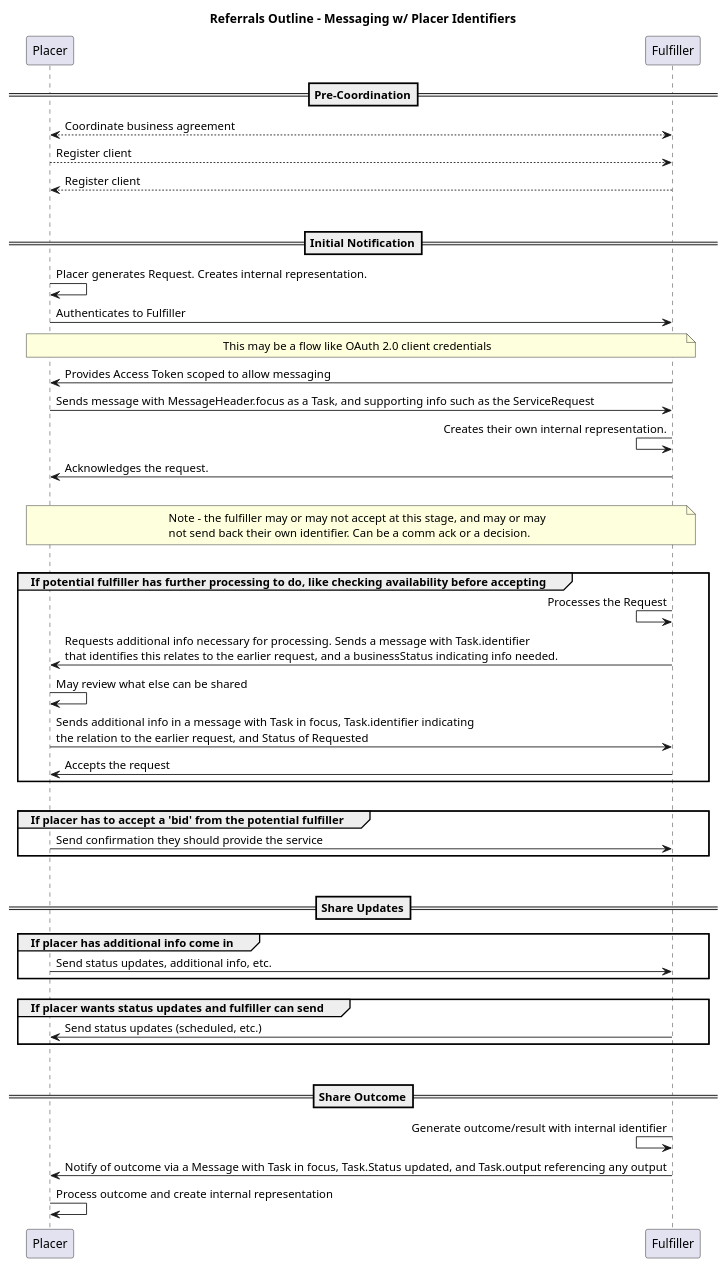
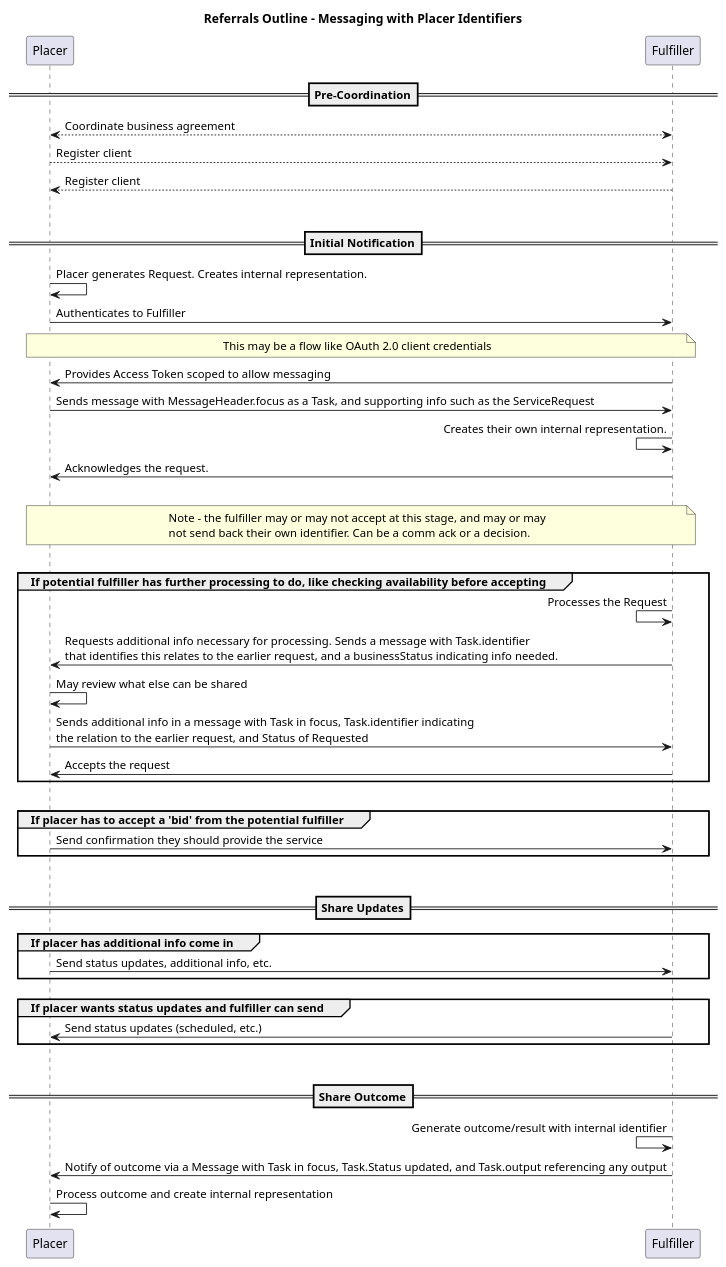
One commit to HL7/fhir-cow-ig changed the diagram in input/images-source/pure-messaging-with-placer-identifiers.plantuml. Above: the diagram before and after it, drawn with PlantUML. The commit also changed other lines of this file, not shown here.

Commit message:
Update pure-messaging-with-placer-identifiers.plantuml
added skinparam svgDimensionStyle to true

```diff
--- a/input/images-source/pure-messaging-with-placer-identifiers.plantuml
+++ b/input/images-source/pure-messaging-with-placer-identifiers.plantuml
@@ -1,55 +1,56 @@
 @startuml
-title Referrals Outline - Messaging w/ Placer Identifiers
+skinparam svgDimensionStyle true
+title Referrals Outline - Messaging with Placer Identifiers
 
 
 ==Pre-Coordination==
 Placer <--> Fulfiller: Coordinate business agreement
 
 Placer --> Fulfiller: Register client
 
 Fulfiller --> Placer: Register client
 
 
 ||30||
 ==Initial Notification==
 Placer -> Placer: Placer generates Request. Creates internal representation.
 Placer -> Fulfiller: Authenticates to Fulfiller
 note over Placer, Fulfiller: This may be a flow like OAuth 2.0 client credentials
 Fulfiller -> Placer: Provides Access Token scoped to allow messaging
 Placer -> Fulfiller: Sends message with MessageHeader.focus as a Task, and supporting info such as the ServiceRequest
 
 Fulfiller <- Fulfiller: Creates their own internal representation.
 Fulfiller -> Placer: Acknowledges the request.
 ||20||
 note over Placer, Fulfiller: Note - the fulfiller may or may not accept at this stage, and may or may\nnot send back their own identifier. Can be a comm ack or a decision.
 ||20||
 group If potential fulfiller has further processing to do, like checking availability before accepting
     Fulfiller <- Fulfiller: Processes the Request
     Fulfiller -> Placer: Requests additional info necessary for processing. Sends a message with Task.identifier\nthat identifies this relates to the earlier request, and a businessStatus indicating info needed.
     Placer -> Placer: May review what else can be shared
     Placer -> Fulfiller: Sends additional info in a message with Task in focus, Task.identifier indicating\nthe relation to the earlier request, and Status of Requested
     Fulfiller -> Placer: Accepts the request
 end
 ||20||
 group If placer has to accept a 'bid' from the potential fulfiller
     Placer -> Fulfiller: Send confirmation they should provide the service
 end
 
 ||30||
 
 ==Share Updates==
 group If placer has additional info come in
     Placer -> Fulfiller: Send status updates, additional info, etc.
 end
 ||10||
 group If placer wants status updates and fulfiller can send
     Fulfiller -> Placer: Send status updates (scheduled, etc.)
 end
 ||30||
 
 ==Share Outcome==
 Fulfiller <- Fulfiller: Generate outcome/result with internal identifier
 Fulfiller -> Placer: Notify of outcome via a Message with Task in focus, Task.Status updated, and Task.output referencing any output
 Placer -> Placer: Process outcome and create internal representation
 
 @enduml
```
